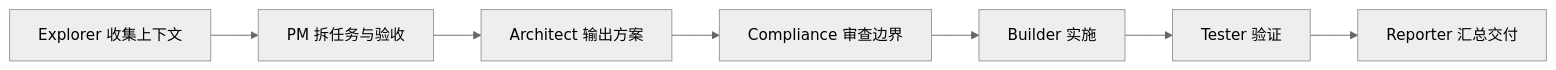
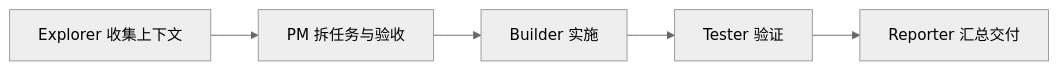
The diagram in docs/04-执行计划/02-角色协作策略.md (StephenQiu30/video-server), drawn with Mermaid (neutral theme) before and after one commit. The commit also changed other lines of this file and 198 other files, not shown here.

````diff
--- a/docs/04-执行计划/02-角色协作策略.md
+++ b/docs/04-执行计划/02-角色协作策略.md
@@ -7,9 +7,7 @@
 ```mermaid
 flowchart LR
     Explorer["Explorer 收集上下文"] --> PM["PM 拆任务与验收"]
-    PM --> Architect["Architect 输出方案"]
-    Architect --> Compliance["Compliance 审查边界"]
-    Compliance --> Builder["Builder 实施"]
+    PM --> Builder["Builder 实施"]
     Builder --> Tester["Tester 验证"]
     Tester --> Reporter["Reporter 汇总交付"]
 ```
````
